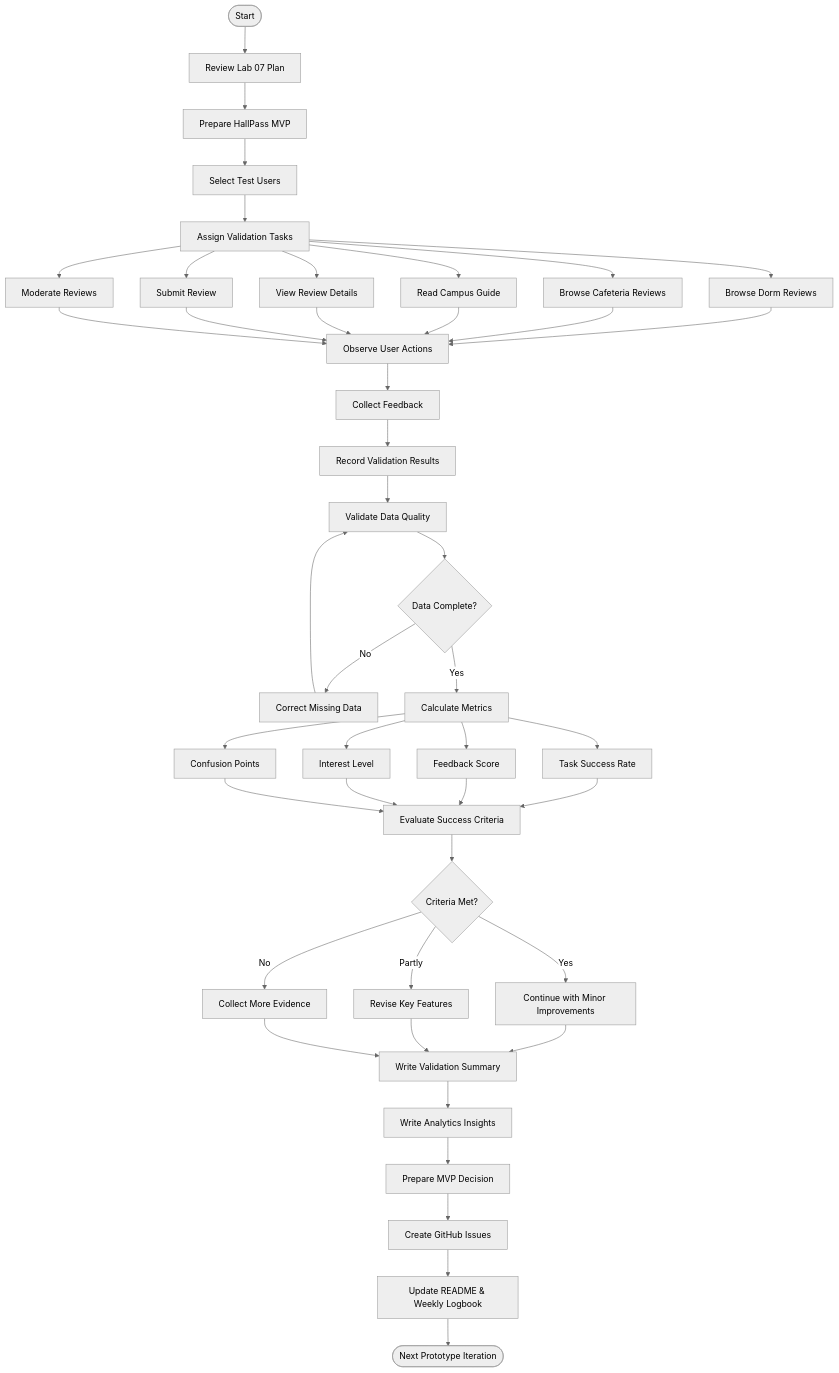
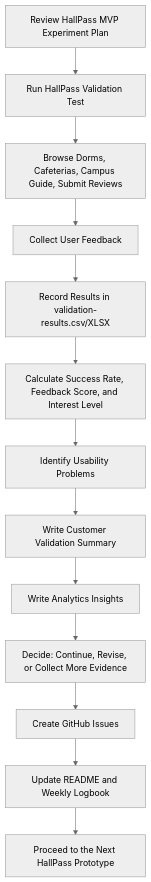
Before and after one commit to HTETHTET-68/ICT105-TriByte-MVP: the diagram in diagram/validation-result-flow.mmd, drawn with Mermaid (neutral theme).

```diff
--- a/diagram/validation-result-flow.mmd
+++ b/diagram/validation-result-flow.mmd
@@ -1,55 +1,13 @@
 flowchart TD
-
-A([Start]) --> B[Review Lab 07 Plan]
-B --> C[Prepare HallPass MVP]
-C --> D[Select Test Users]
-D --> E[Assign Validation Tasks]
-
-E --> F[Browse Dorm Reviews]
-E --> G[Browse Cafeteria Reviews]
-E --> H[Read Campus Guide]
-E --> I[View Review Details]
-E --> J[Submit Review]
-E --> K[Moderate Reviews]
-
-F --> L[Observe User Actions]
-G --> L
-H --> L
-I --> L
-J --> L
-K --> L
-
-L --> M[Collect Feedback]
-M --> N[Record Validation Results]
-N --> O[Validate Data Quality]
-
-O --> P{Data Complete?}
-P -->|No| Q[Correct Missing Data]
-Q --> O
-P -->|Yes| R[Calculate Metrics]
-
-R --> S[Task Success Rate]
-R --> T[Feedback Score]
-R --> U[Interest Level]
-R --> V[Confusion Points]
-
-S --> W[Evaluate Success Criteria]
-T --> W
-U --> W
-V --> W
-
-W --> X{Criteria Met?}
-
-X -->|Yes| Y[Continue with Minor Improvements]
-X -->|Partly| Z[Revise Key Features]
-X -->|No| AA[Collect More Evidence]
-
-Y --> AB[Write Validation Summary]
-Z --> AB
-AA --> AB
-
-AB --> AC[Write Analytics Insights]
-AC --> AD[Prepare MVP Decision]
-AD --> AE[Create GitHub Issues]
-AE --> AF[Update README & Weekly Logbook]
-AF --> AG([Next Prototype Iteration])
+    A[Review HallPass MVP Experiment Plan] --> B[Run HallPass Validation Test]
+    B --> C[Browse Dorms, Cafeterias, Campus Guide, Submit Reviews]
+    C --> D[Collect User Feedback]
+    D --> E[Record Results in validation-results.csv/XLSX]
+    E --> F[Calculate Success Rate, Feedback Score, and Interest Level]
+    F --> G[Identify Usability Problems]
+    G --> H[Write Customer Validation Summary]
+    H --> I[Write Analytics Insights]
+    I --> J[Decide: Continue, Revise, or Collect More Evidence]
+    J --> K[Create GitHub Issues]
+    K --> L[Update README and Weekly Logbook]
+    L --> M[Proceed to the Next HallPass Prototype]
```
